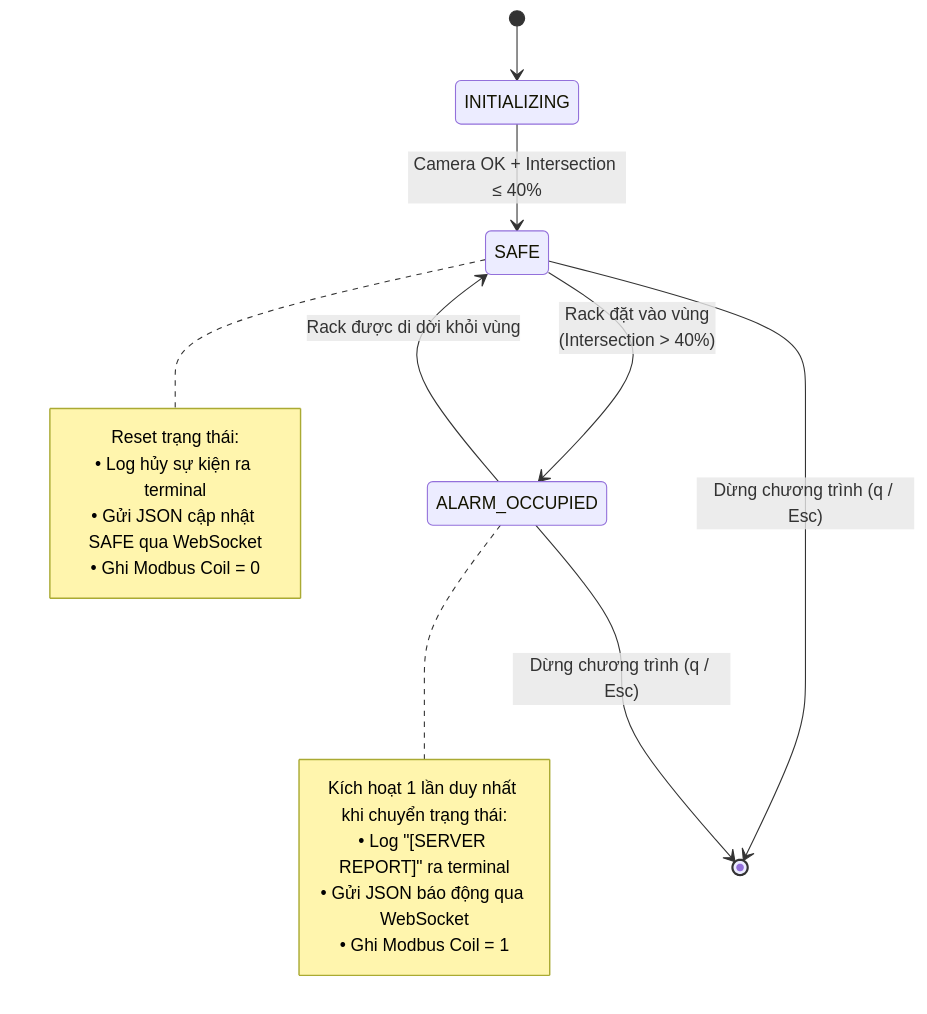
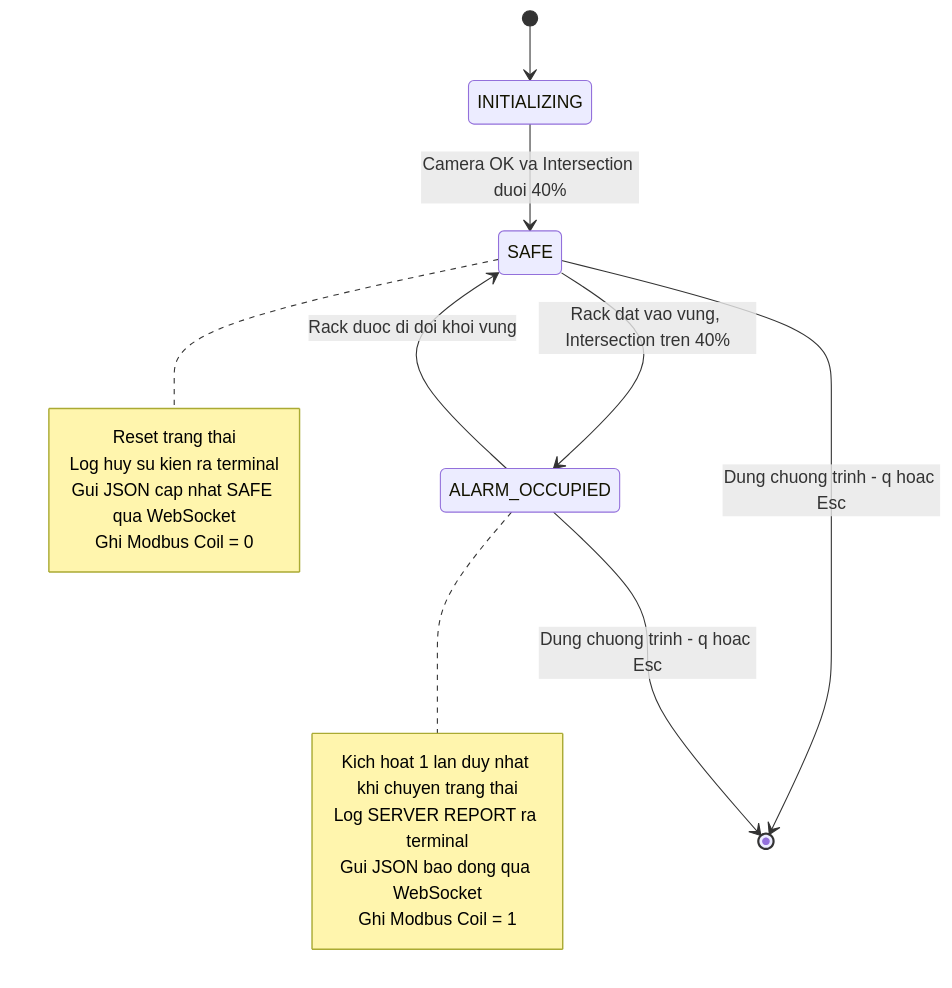
The fourth of 4 diagrams in README.md (duchoang206/Machine-Vision-Tutorial), drawn with Mermaid before and after one commit. The commit also changed other lines of this file, not shown here.

````diff
--- a/README.md
+++ b/README.md
@@ -295,24 +232,24 @@
 ```mermaid
 stateDiagram-v2
     [*] --> INITIALIZING
-    INITIALIZING --> SAFE : Camera OK + Intersection ≤ 40%
+    INITIALIZING --> SAFE : Camera OK va Intersection duoi 40%
 
-    SAFE --> ALARM_OCCUPIED : Rack đặt vào vùng<br/>(Intersection > 40%)
+    SAFE --> ALARM_OCCUPIED : Rack dat vao vung, Intersection tren 40%
     note right of ALARM_OCCUPIED
-        Kích hoạt 1 lần duy nhất khi chuyển trạng thái:
-        • Log "[SERVER REPORT]" ra terminal
-        • Gửi JSON báo động qua WebSocket
-        • Ghi Modbus Coil = 1
+        Kich hoat 1 lan duy nhat khi chuyen trang thai
+        Log SERVER REPORT ra terminal
+        Gui JSON bao dong qua WebSocket
+        Ghi Modbus Coil = 1
     end note
 
-    ALARM_OCCUPIED --> SAFE : Rack được di dời khỏi vùng
+    ALARM_OCCUPIED --> SAFE : Rack duoc di doi khoi vung
     note right of SAFE
-        Reset trạng thái:
-        • Log hủy sự kiện ra terminal
-        • Gửi JSON cập nhật SAFE qua WebSocket
-        • Ghi Modbus Coil = 0
+        Reset trang thai
+        Log huy su kien ra terminal
+        Gui JSON cap nhat SAFE qua WebSocket
+        Ghi Modbus Coil = 0
     end note
 
-    SAFE --> [*] : Dừng chương trình (q / Esc)
-    ALARM_OCCUPIED --> [*] : Dừng chương trình (q / Esc)
+    SAFE --> [*] : Dung chuong trinh - q hoac Esc
+    ALARM_OCCUPIED --> [*] : Dung chuong trinh - q hoac Esc
 ```
````
